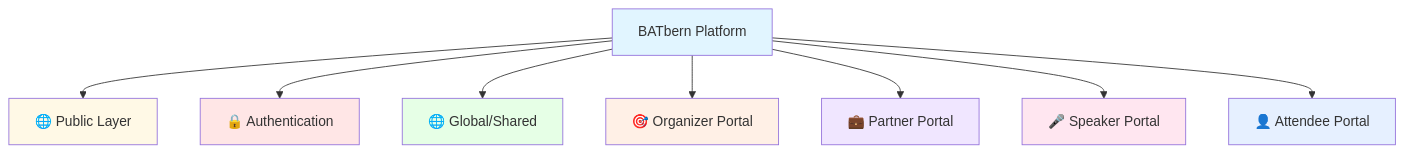
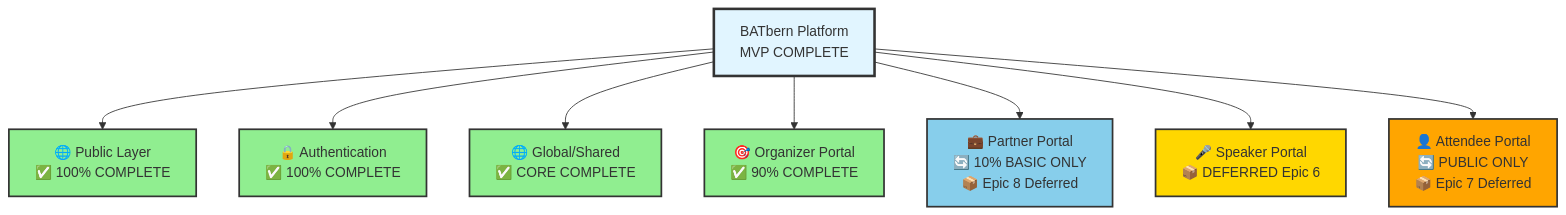
Before and after one commit to nissimbuchs/BATbern2: the first of 28 diagrams in docs/wireframes/sitemap-mermaid.md, drawn with Mermaid. The commit also changed other lines of this file and 1008 other files, not shown here.

First line of the commit message:
docs: Complete MVP documentation alignment and BMAD 6.0 upgrade (#425)

````diff
--- a/docs/wireframes/sitemap-mermaid.md
+++ b/docs/wireframes/sitemap-mermaid.md
@@ -28,21 +30,21 @@
 ```mermaid
 graph TB
-    Root[BATbern Platform]
+    Root[BATbern Platform<br/>MVP COMPLETE]
 
-    Root --> Public[🌐 Public Layer]
-    Root --> Auth[🔒 Authentication]
-    Root --> Global[🌐 Global/Shared]
-    Root --> Organizer[🎯 Organizer Portal]
-    Root --> Partner[💼 Partner Portal]
-    Root --> Speaker[🎤 Speaker Portal]
-    Root --> Attendee[👤 Attendee Portal]
+    Root --> Public[🌐 Public Layer<br/>✅ 100% COMPLETE]
+    Root --> Auth[🔒 Authentication<br/>✅ 100% COMPLETE]
+    Root --> Global[🌐 Global/Shared<br/>✅ CORE COMPLETE]
+    Root --> Organizer[🎯 Organizer Portal<br/>✅ 90% COMPLETE]
+    Root --> Partner[💼 Partner Portal<br/>🔄 10% BASIC ONLY<br/>📦 Epic 8 Deferred]
+    Root --> Speaker[🎤 Speaker Portal<br/>📦 DEFERRED Epic 6]
+    Root --> Attendee[👤 Attendee Portal<br/>🔄 PUBLIC ONLY<br/>📦 Epic 7 Deferred]
 
-    style Root fill:#e1f5ff
-    style Public fill:#fff9e6
-    style Auth fill:#ffe6e6
-    style Global fill:#e6ffe6
-    style Organizer fill:#fff0e6
-    style Partner fill:#f0e6ff
-    style Speaker fill:#ffe6f0
-    style Attendee fill:#e6f0ff
+    style Root fill:#e1f5ff,stroke:#333,stroke-width:3px
+    style Public fill:#90EE90,stroke:#333,stroke-width:2px
+    style Auth fill:#90EE90,stroke:#333,stroke-width:2px
+    style Global fill:#90EE90,stroke:#333,stroke-width:2px
+    style Organizer fill:#90EE90,stroke:#333,stroke-width:2px
+    style Partner fill:#87CEEB,stroke:#333,stroke-width:2px
+    style Speaker fill:#FFD700,stroke:#333,stroke-width:2px
+    style Attendee fill:#FFA500,stroke:#333,stroke-width:2px
 ```
````
